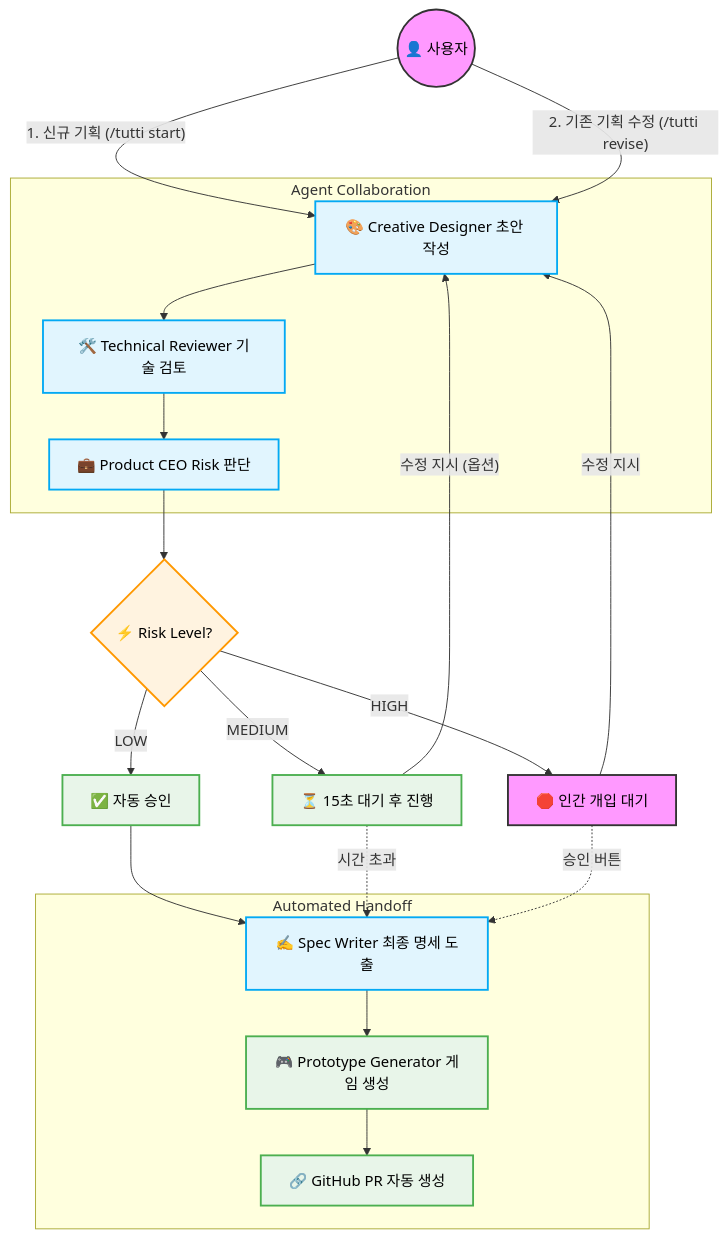
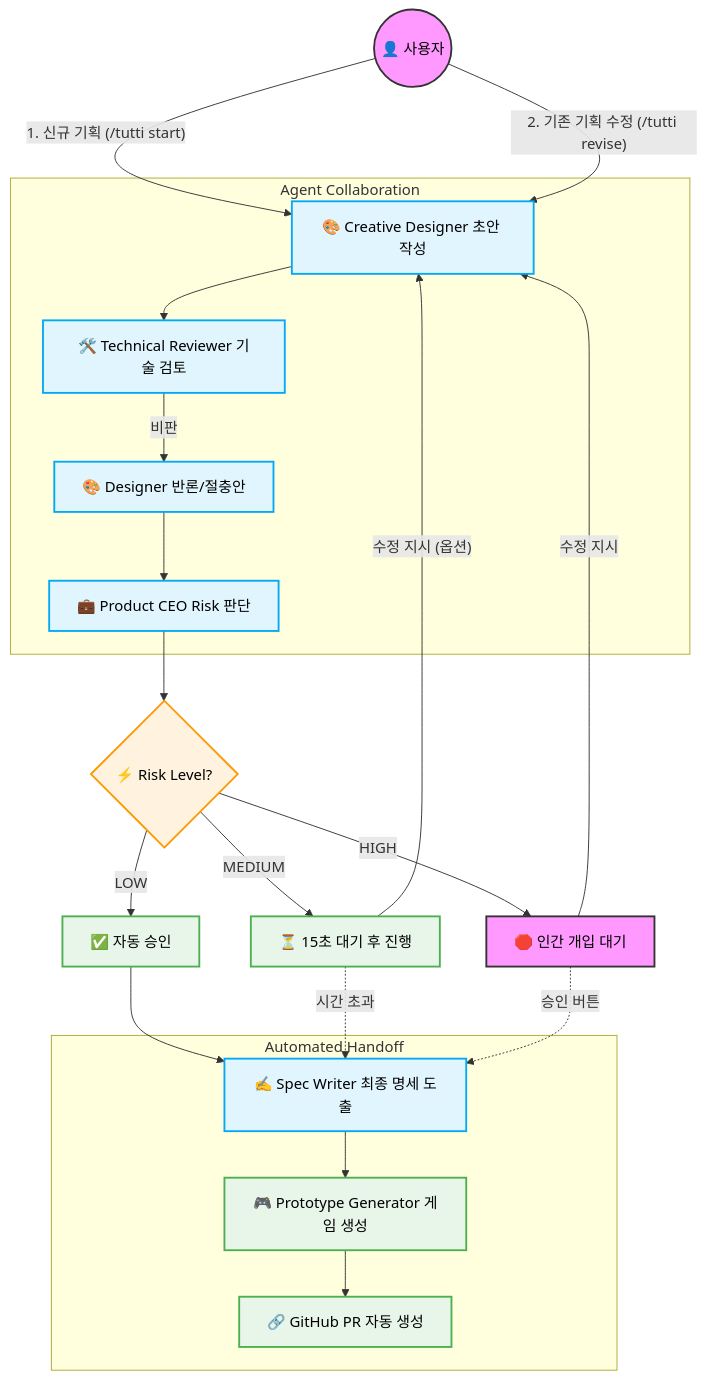
The diagram in README.md (lowshot31/Orchestra-Game-Spec), drawn with Mermaid before and after one commit. The commit also changed 1 other file, not shown here.

Commit message:
docs: add negotiation step to pipeline diagrams (README, DESIGN)

````diff
--- a/README.md
+++ b/README.md
@@ -35,34 +35,35 @@
 ```mermaid
 graph TD
     %% Styling
     classDef user fill:#f9f,stroke:#333,stroke-width:2px,color:#000;
     classDef agent fill:#e1f5fe,stroke:#03a9f4,stroke-width:2px,color:#000;
     classDef decision fill:#fff3e0,stroke:#ff9800,stroke-width:2px,color:#000;
     classDef system fill:#e8f5e9,stroke:#4caf50,stroke-width:2px,color:#000;
 
     User((👤 사용자)):::user -->|"1. 신규 기획 (/tutti start)"| Designer
     User -->|"2. 기존 기획 수정 (/tutti revise)"| Designer
     
     subgraph Agent Collaboration
         Designer[🎨 Creative Designer 초안 작성]:::agent --> Reviewer[🛠️ Technical Reviewer 기술 검토]:::agent
-        Reviewer --> CEO[💼 Product CEO Risk 판단]:::agent
+        Reviewer --> |"비판"| Rebuttal[🎨 Designer 반론/절충안]:::agent
+        Rebuttal --> CEO[💼 Product CEO Risk 판단]:::agent
     end
     
     CEO --> Risk{⚡ Risk Level?}:::decision
     
     Risk -->|LOW| Auto[✅ 자동 승인]:::system
     Risk -->|MEDIUM| WaitNode[⏳ 15초 대기 후 진행]:::system
     Risk -->|HIGH| HitL[🛑 인간 개입 대기]:::user
     
     HitL -->|"수정 지시"| Designer
     WaitNode -->|"수정 지시 (옵션)"| Designer
     
     Auto --> Writer
     WaitNode -.->|"시간 초과"| Writer
     HitL -.->|"승인 버튼"| Writer
     
     subgraph Automated Handoff
         Writer[✍️ Spec Writer 최종 명세 도출]:::agent --> Prototype[🎮 Prototype Generator 게임 생성]:::system
         Prototype --> Github[🔗 GitHub PR 자동 생성]:::system
     end
 ```
````
